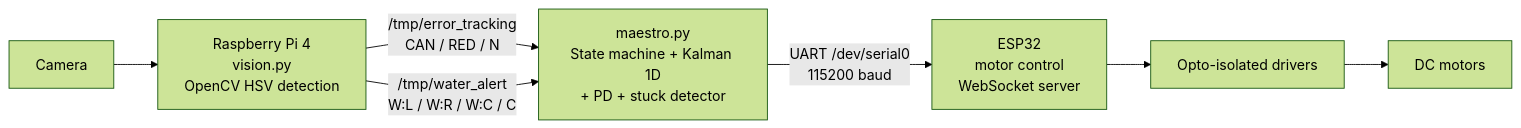
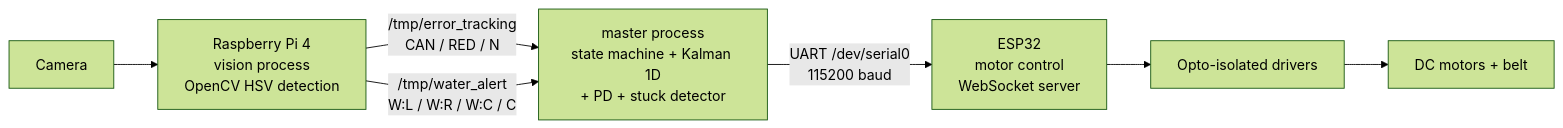
One commit to paco-vive/KATA-bot-Autonomous-Waste-Collection-Robot changed the first of 2 diagrams in README.md. Above: the diagram before and after it, drawn with Mermaid (forest theme). The commit also changed other lines of this file and 71 other files, not shown here.

````diff
--- a/README.md
+++ b/README.md
@@ -48,8 +49,8 @@
 ```mermaid
 flowchart LR
-    CAM[Camera] --> V["Raspberry Pi 4<br/>vision.py<br/>OpenCV HSV detection"]
-    V -- "/tmp/error_tracking<br/>CAN / RED / N" --> M["maestro.py<br/>State machine + Kalman 1D<br/>+ PD + stuck detector"]
+    CAM[Camera] --> V["Raspberry Pi 4<br/>vision process<br/>OpenCV HSV detection"]
+    V -- "/tmp/error_tracking<br/>CAN / RED / N" --> M["master process<br/>state machine + Kalman 1D<br/>+ PD + stuck detector"]
     V -- "/tmp/water_alert<br/>W:L / W:R / W:C / C" --> M
     M -- "UART /dev/serial0<br/>115200 baud" --> E["ESP32<br/>motor control<br/>WebSocket server"]
-    E --> D[Opto-isolated drivers] --> MOT[DC motors]
+    E --> D[Opto-isolated drivers] --> MOT[DC motors + belt]
 ```
````
